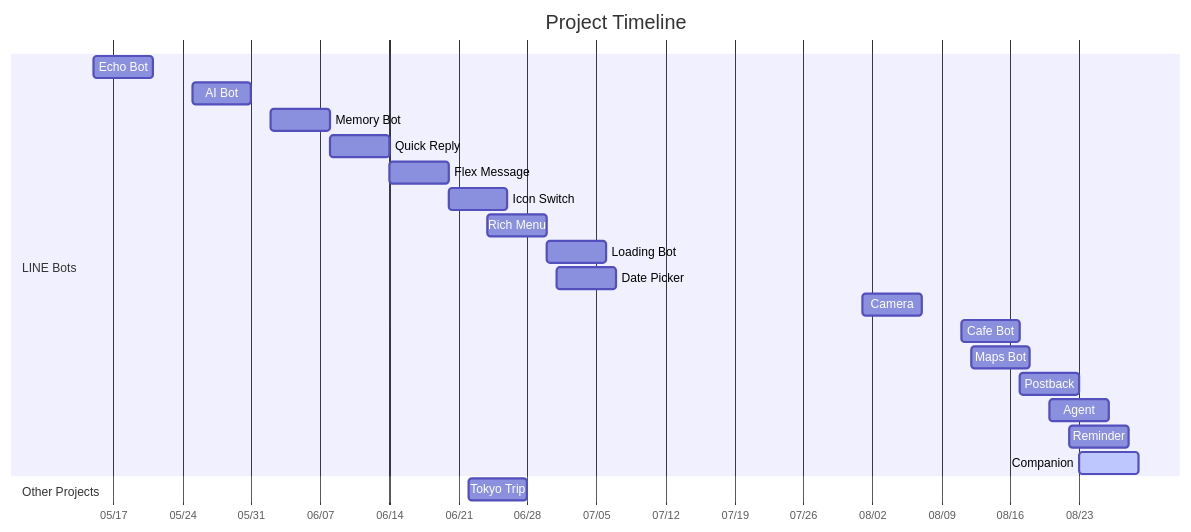
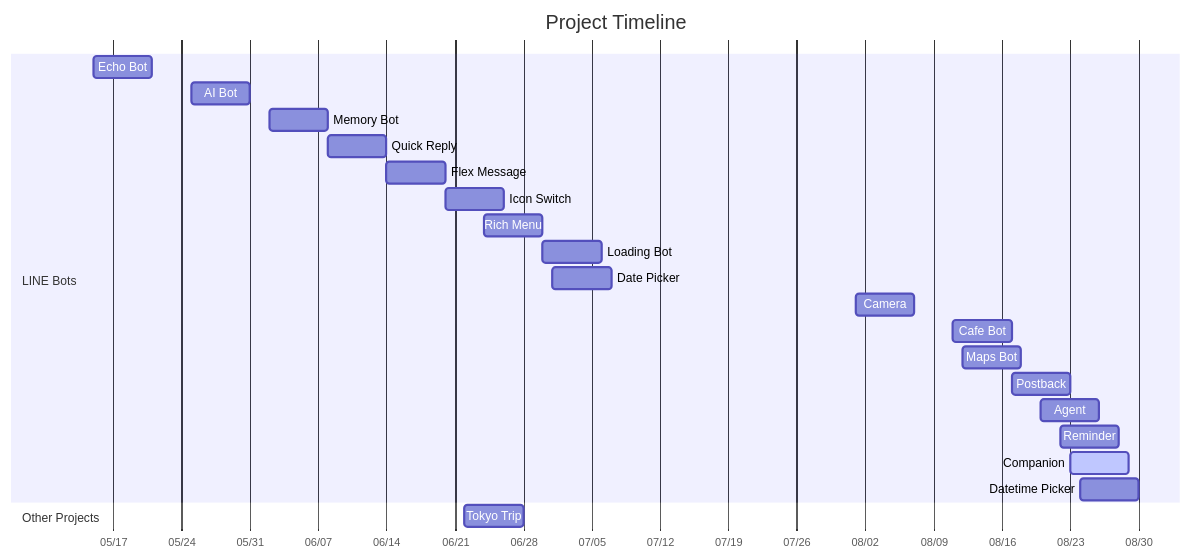
The diagram in README.md (zonawang/zona-ai-learning-lab), drawn with Mermaid before and after one commit. The commit also changed other lines of this file, not shown here.

Commit message:
docs: add datetime picker project entry

````diff
--- a/README.md
+++ b/README.md
@@ -11,27 +11,28 @@
 ```mermaid
 gantt
     title Project Timeline
     dateFormat YYYY-MM-DD
     axisFormat %m/%d
 
     section LINE Bots
     Echo Bot      :p1, 2026-05-15, 6d
     AI Bot        :p2, 2026-05-25, 6d
     Memory Bot    :p3, 2026-06-02, 6d
     Quick Reply   :p4, 2026-06-08, 6d
     Flex Message  :p5, 2026-06-14, 6d
     Icon Switch   :p6, 2026-06-20, 6d
     Rich Menu     :p8, 2026-06-24, 6d
     Loading Bot   :p9, 2026-06-30, 6d
     Date Picker   :p10, 2026-07-01, 6d
     Camera        :p11, 2026-08-01, 6d
     Cafe Bot      :p12, 2026-08-11, 6d
     Maps Bot      :p13, 2026-08-12, 6d
     Postback      :p14, 2026-08-17, 6d
     Agent         :p15, 2026-08-20, 6d
     Reminder      :p16, 2026-08-22, 6d
     Companion     :active, p17, 2026-08-23, 6d
+    Datetime Picker :p18, 2026-08-24, 6d
 
     section Other Projects
     Tokyo Trip    :p7, 2026-06-22, 6d
 ```
````
